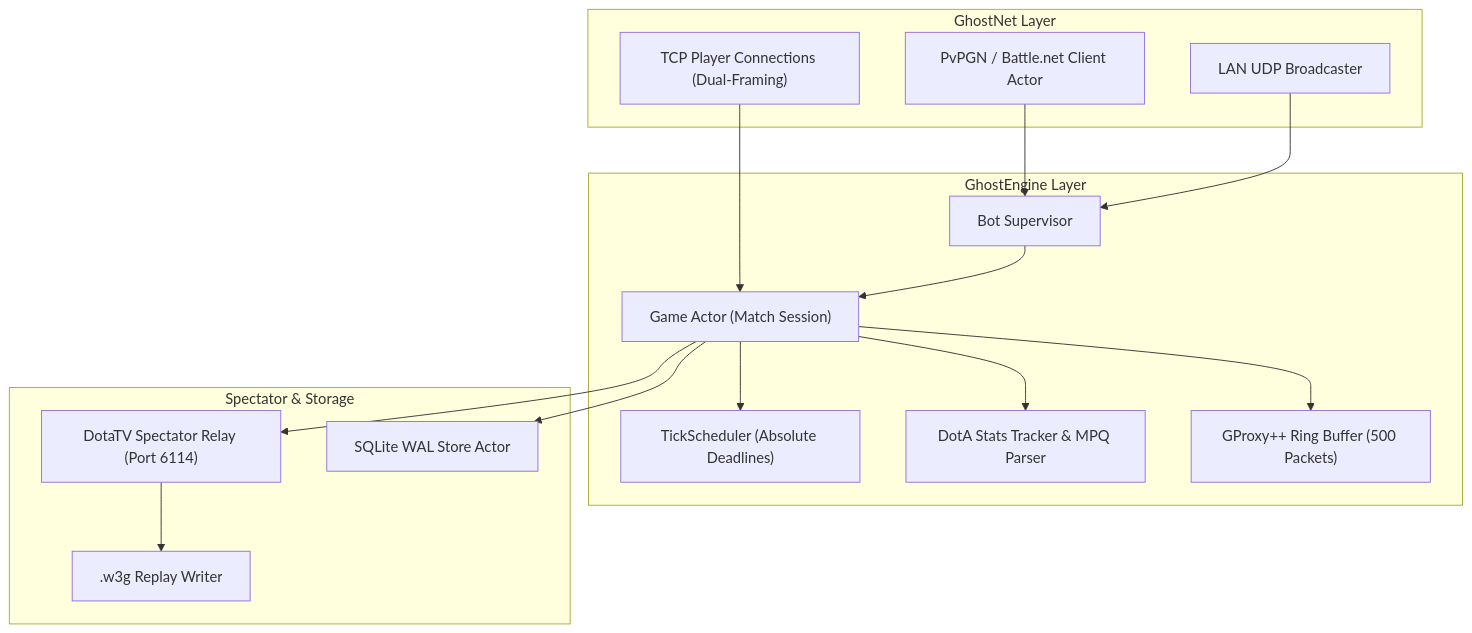
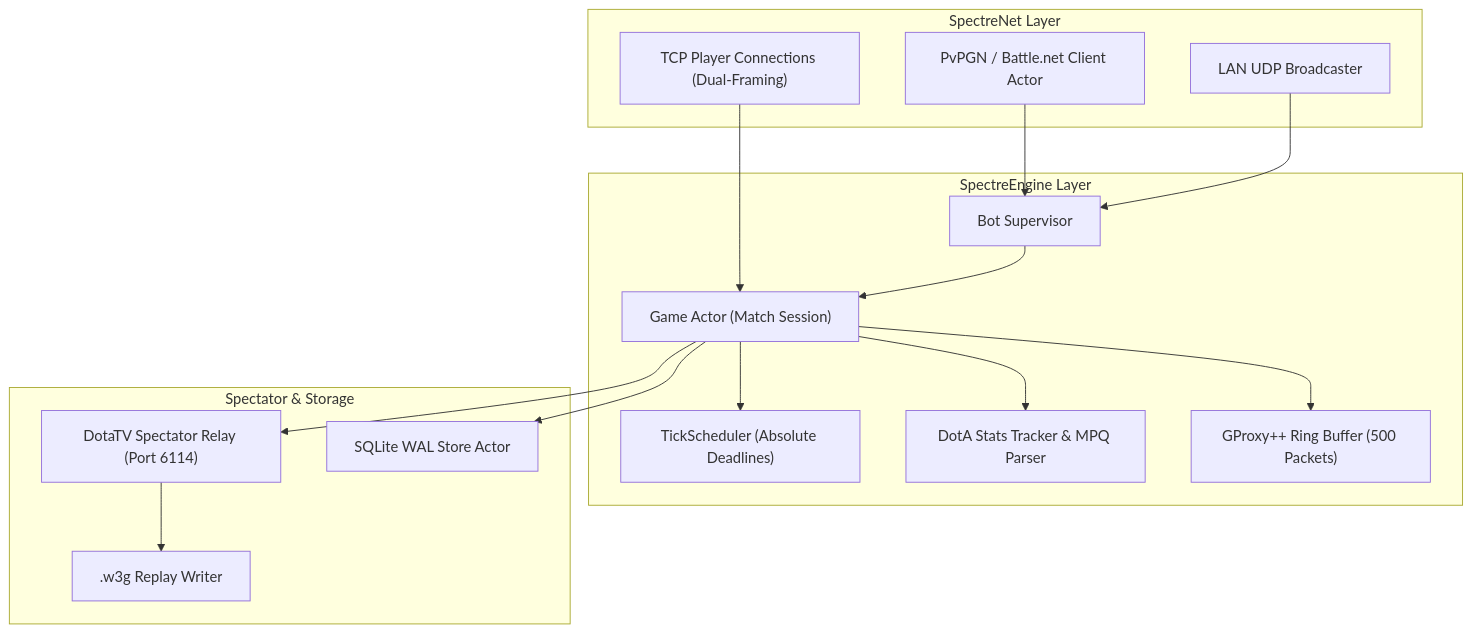
The diagram in README.md (maybewewill/ghostrs), drawn with Mermaid before and after one commit. The commit also changed other lines of this file and 195 other files, not shown here.

````diff
--- a/README.md
+++ b/README.md
@@ -69,33 +69,33 @@
 ```mermaid
 flowchart TD
-  subgraph Network ["GhostNet Layer"]
+  subgraph Network ["SpectreNet Layer"]
     BNCS["PvPGN / Battle.net Client Actor"]
     TCP["TCP Player Connections (Dual-Framing)"]
     UDP["LAN UDP Broadcaster"]
   end
 
-  subgraph Engine ["GhostEngine Layer"]
+  subgraph Engine ["SpectreEngine Layer"]
     Supervisor["Bot Supervisor"]
     GameActor["Game Actor (Match Session)"]
     Scheduler["TickScheduler (Absolute Deadlines)"]
     DotA["DotA Stats Tracker & MPQ Parser"]
     GProxy["GProxy++ Ring Buffer (500 Packets)"]
   end
 
   subgraph Services ["Spectator & Storage"]
     Spectator["DotaTV Spectator Relay (Port 6114)"]
     Replay[".w3g Replay Writer"]
     Store["SQLite WAL Store Actor"]
   end
 
   BNCS --> Supervisor
   TCP --> GameActor
   UDP --> Supervisor
   Supervisor --> GameActor
   GameActor --> Scheduler
   GameActor --> DotA
   GameActor --> GProxy
   GameActor --> Spectator
   Spectator --> Replay
   GameActor --> Store
 ```
````
